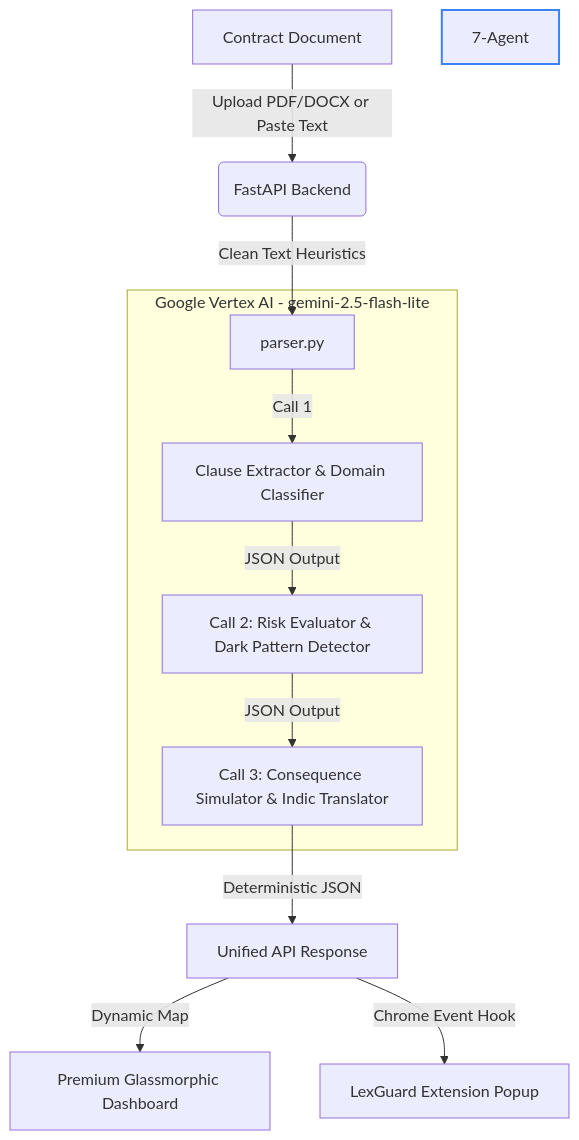
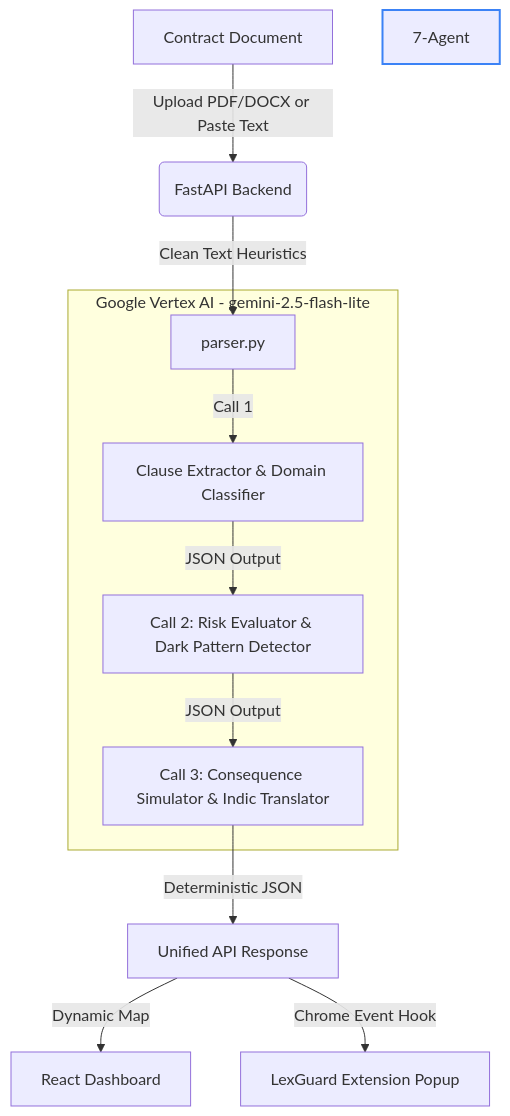
The second of 2 diagrams in README.md (chhhee10/Prompt-Wars), drawn with Mermaid before and after one commit. The commit also changed other lines of this file and 14 other files, not shown here.

````diff
--- a/README.md
+++ b/README.md
@@ -44,17 +342,17 @@
 ```mermaid
 graph TD
     A[Contract Document] -->|Upload PDF/DOCX or Paste Text| B(FastAPI Backend)
     B -->|Clean Text Heuristics| C[parser.py]
-    
+
     subgraph 7-Agent Pipeline [Google Vertex AI - gemini-2.5-flash-lite]
         C -->|Call 1| D[Clause Extractor & Domain Classifier]
         D -->|JSON Output| E[Call 2: Risk Evaluator & Dark Pattern Detector]
         E -->|JSON Output| F[Call 3: Consequence Simulator & Indic Translator]
     end
-    
+
     F -->|Deterministic JSON| G[Unified API Response]
-    G -->|Dynamic Map| H[Premium Glassmorphic Dashboard]
+    G -->|Dynamic Map| H[React Dashboard]
     G -->|Chrome Event Hook| I[LexGuard Extension Popup]
-    
+
     style 7-Agent Pipeline fill:#1e293b,stroke:#3b82f6,stroke-width:2px;
 ```
````
